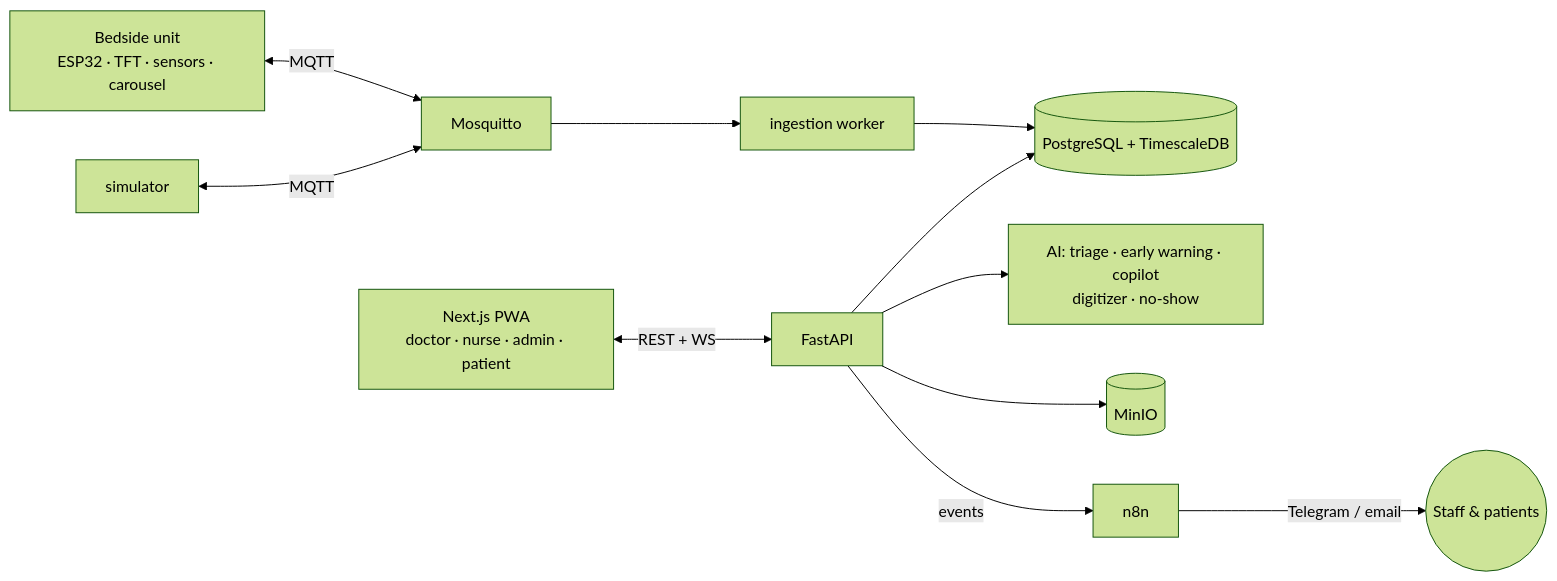
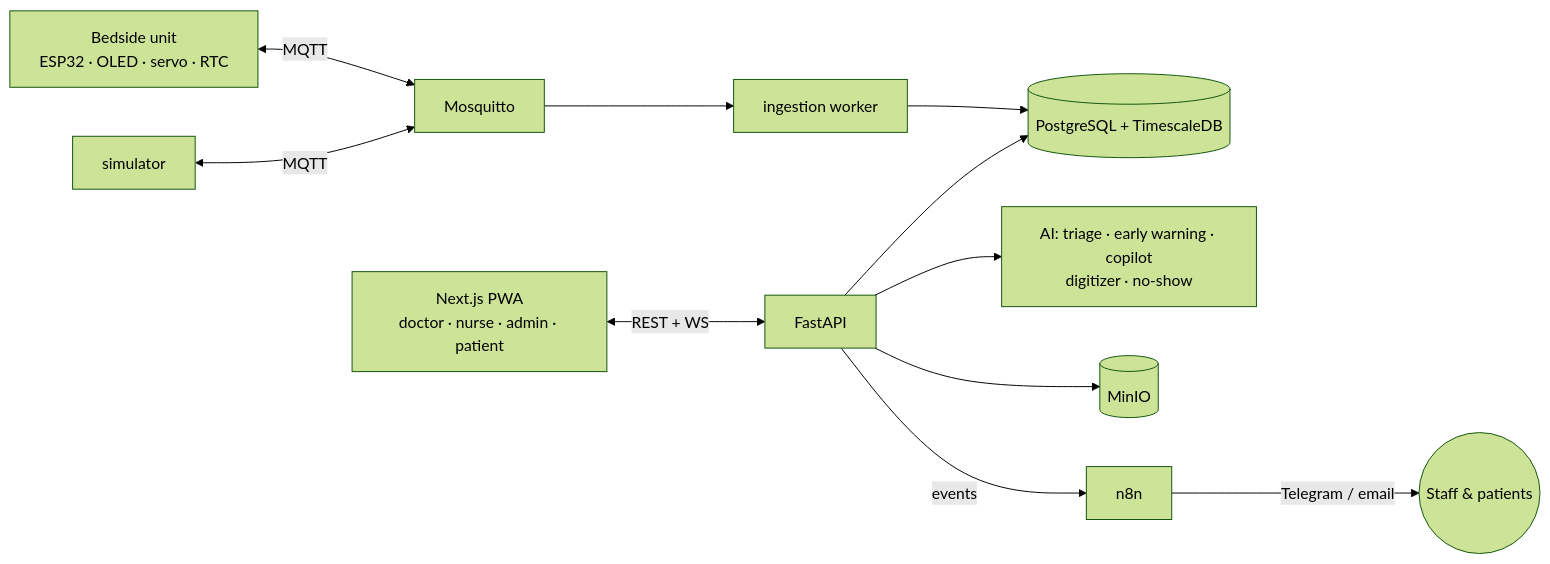
One commit to Faouzi-Blibech/smarty-hospital- changed the diagram in README.md. Above: the diagram before and after it, drawn with Mermaid (forest theme). The commit also changed other lines of this file and 9 other files, not shown here.

First line of the commit message:
docs: reduced bedside hardware (ESP32 + OLED + servo + DS1307, Wokwi)

````diff
--- a/README.md
+++ b/README.md
@@ -33,12 +33,12 @@
 ```mermaid
 flowchart LR
-  BSU["Bedside unit<br/>ESP32 · TFT · sensors · carousel"] <-->|MQTT| MQ[Mosquitto]
+  BSU["Bedside unit<br/>ESP32 · OLED · servo · RTC"] <-->|MQTT| MQ[Mosquitto]
   SIM[simulator] <-->|MQTT| MQ
   MQ --> W[ingestion worker]
   W --> DB[("PostgreSQL + TimescaleDB")]
   PWA["Next.js PWA<br/>doctor · nurse · admin · patient"] <-->|REST + WS| API[FastAPI]
   API --> DB
   API --> AI["AI: triage · early warning · copilot<br/>digitizer · no-show"]
   API --> S3[(MinIO)]
   API -->|events| N8N[n8n] -->|Telegram / email| People((Staff & patients))
 ```
````
